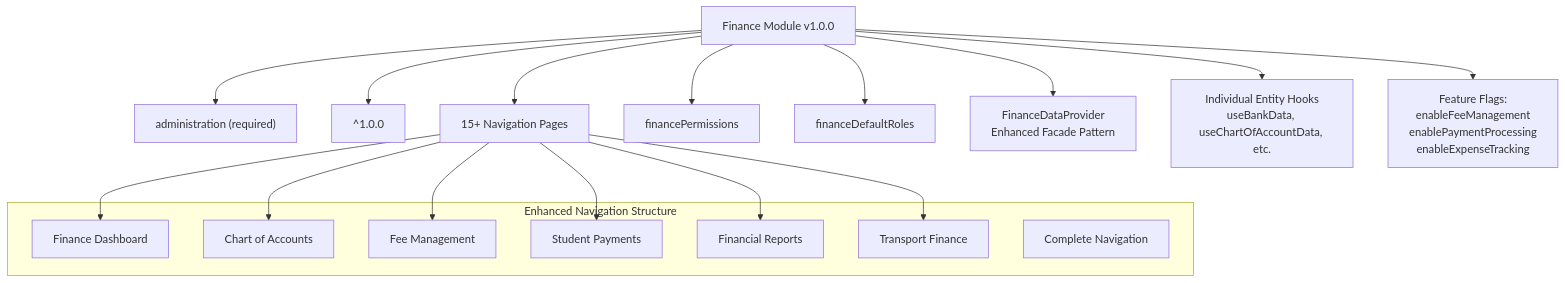
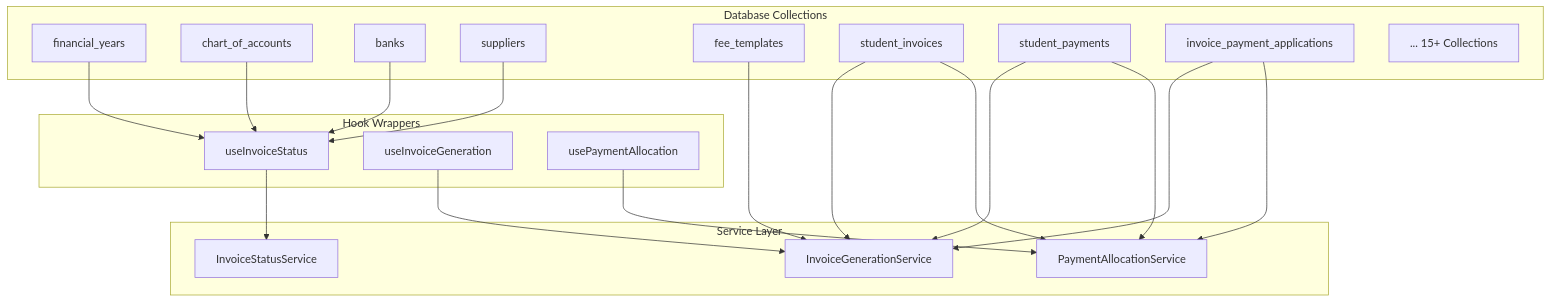
Diagram 12 of 12 in .qoder/repowiki/en/content/Modules System/Finance Module.md (geniusdynamics/schoolpilot), drawn with Mermaid before and after one commit. The commit also changed other lines of this file and 21 other files, not shown here.

````diff
--- a/.qoder/repowiki/en/content/Modules System/Finance Module.md
+++ b/.qoder/repowiki/en/content/Modules System/Finance Module.md
@@ -321,26 +418,38 @@
 ```mermaid
 graph TB
-Finance["Finance Module v1.0.0"] --> Admin["administration (required)"]
-Finance --> Version["^1.0.0"]
-Finance --> Navigation["15+ Navigation Pages"]
-Finance --> Permissions["financePermissions"]
-Finance --> Roles["financeDefaultRoles"]
-Finance --> Provider["FinanceDataProvider<br/>Enhanced Facade Pattern"]
-Finance --> Hooks["Individual Entity Hooks<br/>useBankData, useChartOfAccountData, etc."]
-Finance --> Settings["Feature Flags:<br/>enableFeeManagement<br/>enablePaymentProcessing<br/>enableExpenseTracking"]
-subgraph "Enhanced Navigation Structure"
-Dashboard["Finance Dashboard"]
-Accounts["Chart of Accounts"]
-Fees["Fee Management"]
-Payments["Student Payments"]
-Reports["Financial Reports"]
-Transport["Transport Finance"]
-End["Complete Navigation"]
+subgraph "Database Collections"
+FC["financial_years"]
+COA["chart_of_accounts"]
+BANKS["banks"]
+SUPPLIERS["suppliers"]
+FEETEMPLATES["fee_templates"]
+STUDENTINVOICES["student_invoices"]
+STUDENTPAYMENTS["student_payments"]
+INVOICEPAYMENTS["invoice_payment_applications"]
+END["... 15+ Collections"]
 end
-Navigation --> Dashboard
-Navigation --> Accounts
-Navigation --> Fees
-Navigation --> Payments
-Navigation --> Reports
-Navigation --> Transport
+subgraph "Service Layer"
+ISS["InvoiceStatusService"]
+IGS["InvoiceGenerationService"]
+PAS["PaymentAllocationService"]
+end
+subgraph "Hook Wrappers"
+UIS["useInvoiceStatus"]
+UIG["useInvoiceGeneration"]
+UPA["usePaymentAllocation"]
+end
+FC --> UIS
+COA --> UIS
+BANKS --> UIS
+SUPPLIERS --> UIS
+FEETEMPLATES --> IGS
+STUDENTINVOICES --> IGS
+STUDENTPAYMENTS --> IGS
+INVOICEPAYMENTS --> IGS
+STUDENTINVOICES --> PAS
+STUDENTPAYMENTS --> PAS
+INVOICEPAYMENTS --> PAS
+UIS --> ISS
+UIG --> IGS
+UPA --> PAS
 ```
````
